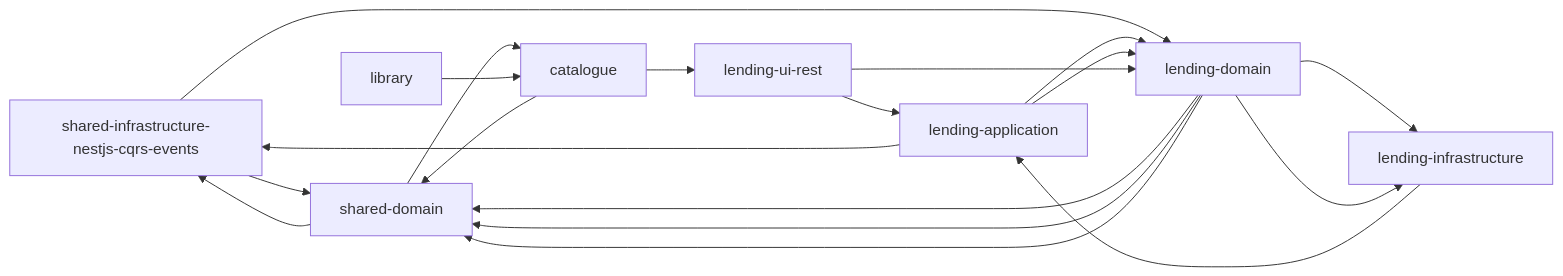
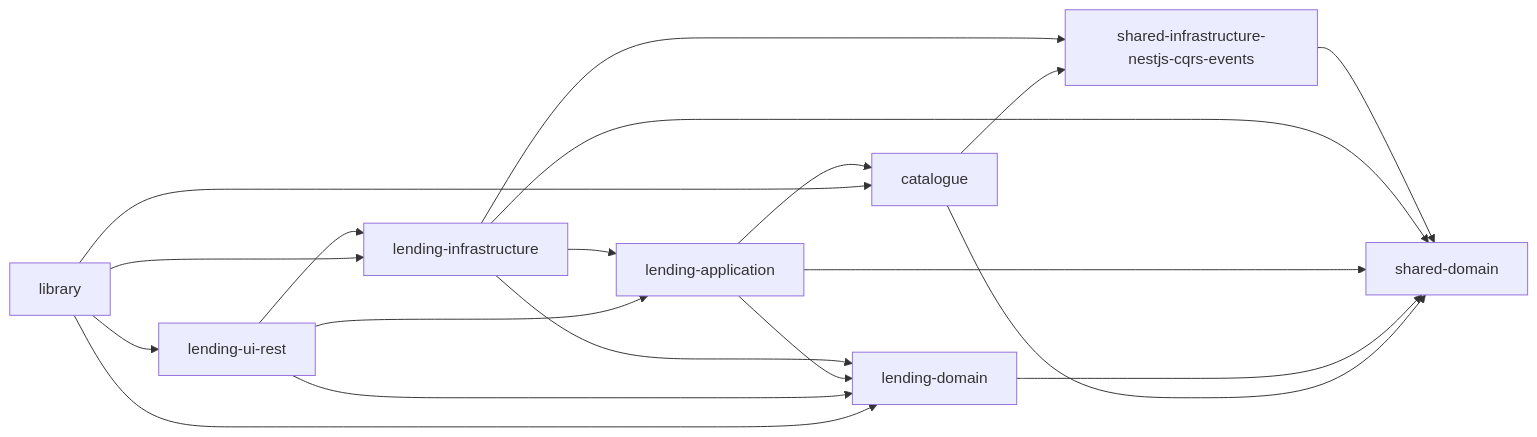
One commit to Fcmam5/nx-mermaid-grapher changed the first of 2 diagrams in README.md. Above: the diagram before and after it, drawn with Mermaid. The commit also changed other lines of this file and 4 other files, not shown here.

````diff
--- a/README.md
+++ b/README.md
@@ -18,10 +18,21 @@
 ```mermaid
-graph LR
-  shared-infrastructure-nestjs-cqrs-events-->shared-domain
-  lending-infrastructure-->lending-application-->shared-infrastructure-nestjs-cqrs-events-->lending-domain-->shared-domain
-  lending-application-->lending-domain-->shared-domain-->catalogue
-  lending-ui-rest-->lending-application-->lending-domain-->lending-infrastructure
-  lending-domain-->shared-domain
-  catalogue-->shared-domain-->shared-infrastructure-nestjs-cqrs-events
-  library-->catalogue-->lending-ui-rest-->lending-domain-->lending-infrastructure
+    graph LR
+      shared-infrastructure-nestjs-cqrs-events --> shared-domain
+      lending-infrastructure --> lending-application
+      lending-infrastructure --> shared-infrastructure-nestjs-cqrs-events
+      lending-infrastructure --> lending-domain
+      lending-infrastructure --> shared-domain
+      lending-application --> lending-domain
+      lending-application --> shared-domain
+      lending-application --> catalogue
+      lending-ui-rest --> lending-application
+      lending-ui-rest --> lending-domain
+      lending-ui-rest --> lending-infrastructure
+      lending-domain --> shared-domain
+      catalogue --> shared-domain
+      catalogue --> shared-infrastructure-nestjs-cqrs-events
+      library --> catalogue
+      library --> lending-ui-rest
+      library --> lending-domain
+      library --> lending-infrastructure
 ```
````
